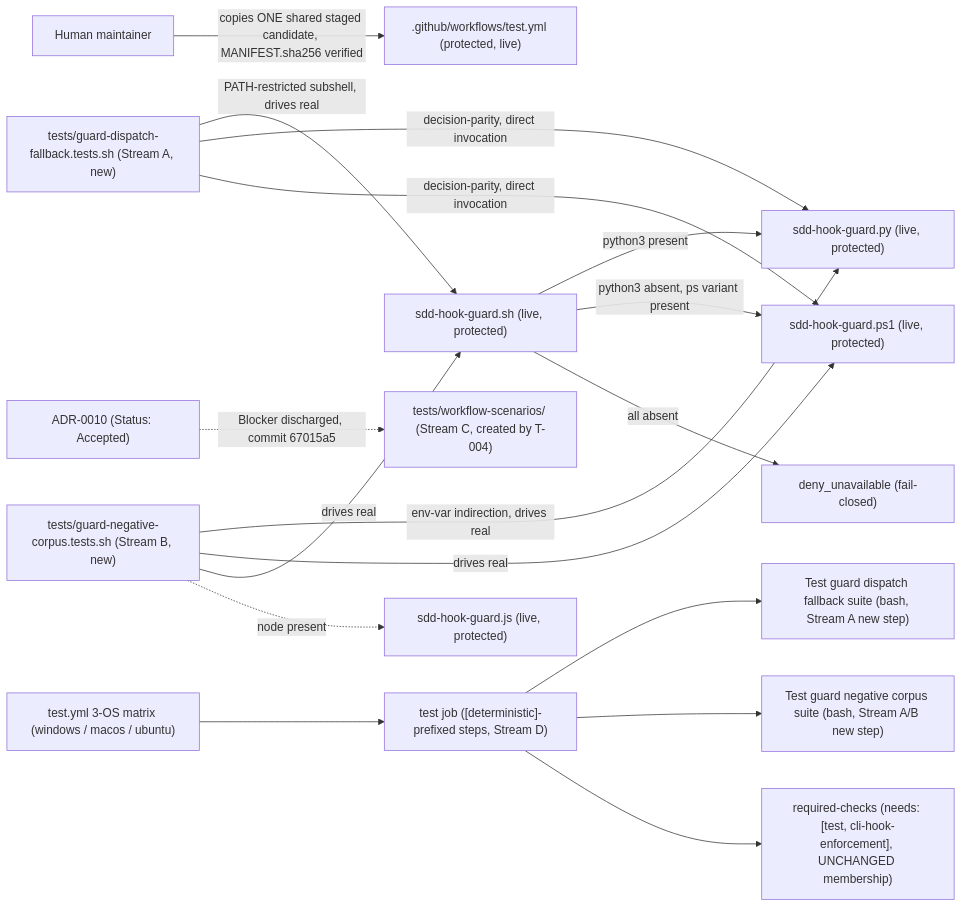
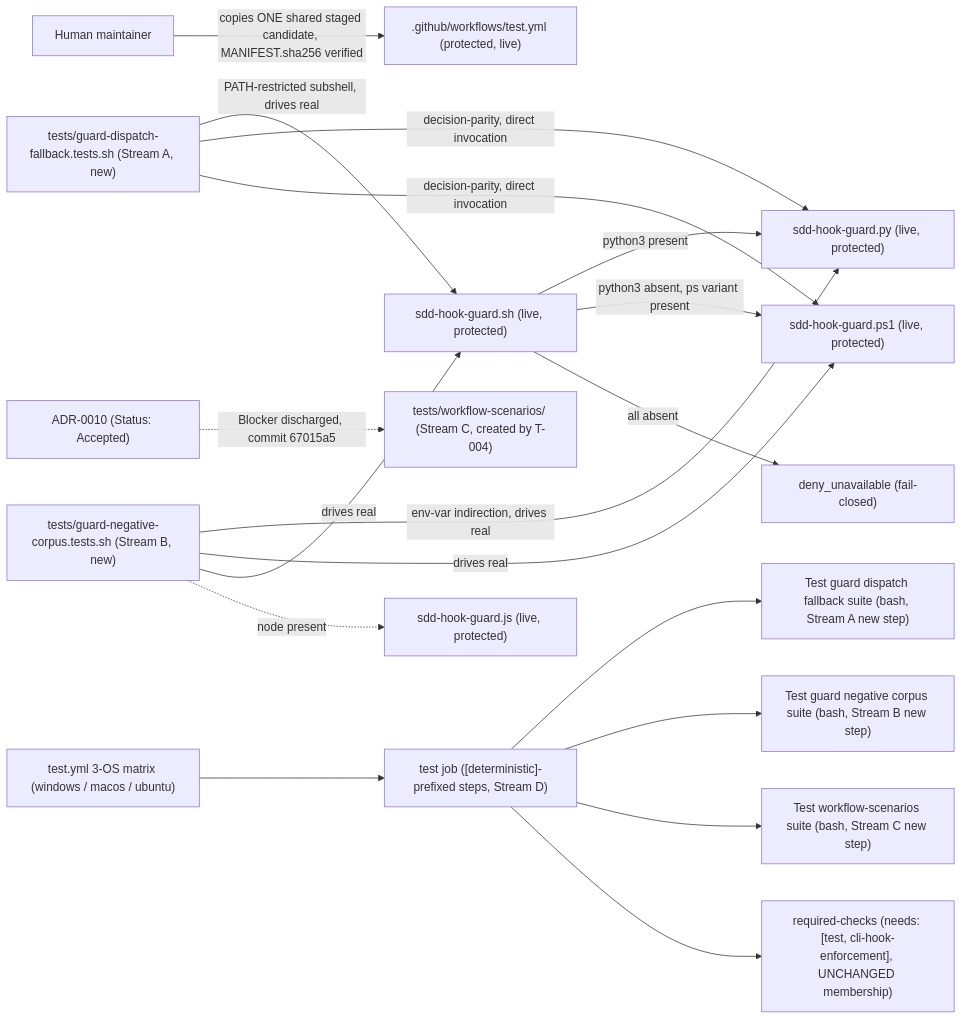
Before and after one commit to aharada54914/sdd-forge: the diagram in specs/epic-136-phase3/infra-spec.md, drawn with Mermaid. The commit also changed other lines of this file and 3 other files, not shown here.

````diff
--- a/specs/epic-136-phase3/infra-spec.md
+++ b/specs/epic-136-phase3/infra-spec.md
@@ -18,24 +18,25 @@
 ```mermaid
 flowchart LR
   DISPATCH["sdd-hook-guard.sh (live, protected)"] -->|python3 present| GUARDPY["sdd-hook-guard.py (live, protected)"]
   DISPATCH -->|python3 absent, ps variant present| GUARDPS["sdd-hook-guard.ps1 (live, protected)"]
   DISPATCH -->|all absent| DENY["deny_unavailable (fail-closed)"]
 
   GDF["tests/guard-dispatch-fallback.tests.sh (Stream A, new)"] -->|PATH-restricted subshell, drives real| DISPATCH
   GDF -->|decision-parity, direct invocation| GUARDPY
   GDF -->|decision-parity, direct invocation| GUARDPS
 
   GNC["tests/guard-negative-corpus.tests.sh (Stream B, new)"] -->|env-var indirection, drives real| GUARDPY
   GNC -->|drives real| GUARDPS
   GNC -->|drives real| DISPATCH
   GNC -.->|node present| GUARDJS["sdd-hook-guard.js (live, protected)"]
 
   CI["test.yml 3-OS matrix (windows / macos / ubuntu)"] --> TESTJOB["test job ([deterministic]-prefixed steps, Stream D)"]
   TESTJOB --> GDFSTEP["Test guard dispatch fallback suite (bash, Stream A new step)"]
-  TESTJOB --> GNCSTEP["Test guard negative corpus suite (bash, Stream A/B new step)"]
+  TESTJOB --> GNCSTEP["Test guard negative corpus suite (bash, Stream B new step)"]
+  TESTJOB --> WFSSTEP["Test workflow-scenarios suite (bash, Stream C new step)"]
   TESTJOB --> RC["required-checks (needs: [test, cli-hook-enforcement], UNCHANGED membership)"]
 
   HUMAN["Human maintainer"] -->|copies ONE shared staged candidate, MANIFEST.sha256 verified| TESTYMLLIVE[".github/workflows/test.yml (protected, live)"]
 
   ADR["ADR-0010 (Status: Accepted)"] -.->|Blocker discharged, commit 67015a5| WFSCEN["tests/workflow-scenarios/ (Stream C, created by T-004)"]
 ```
````
